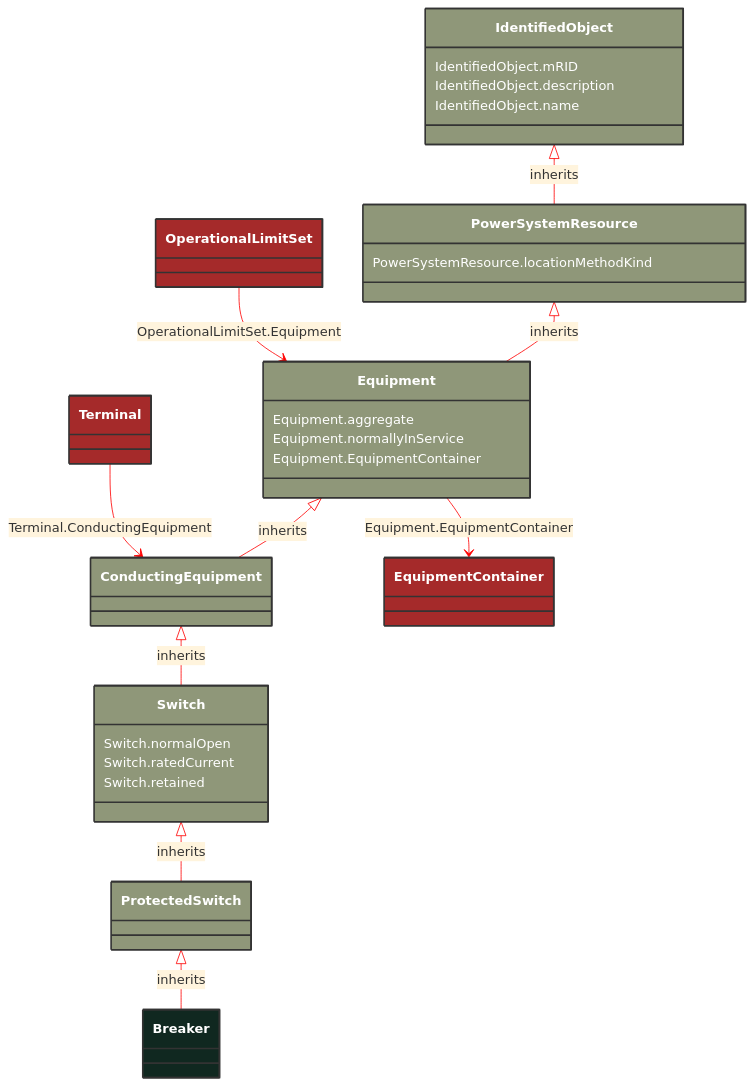
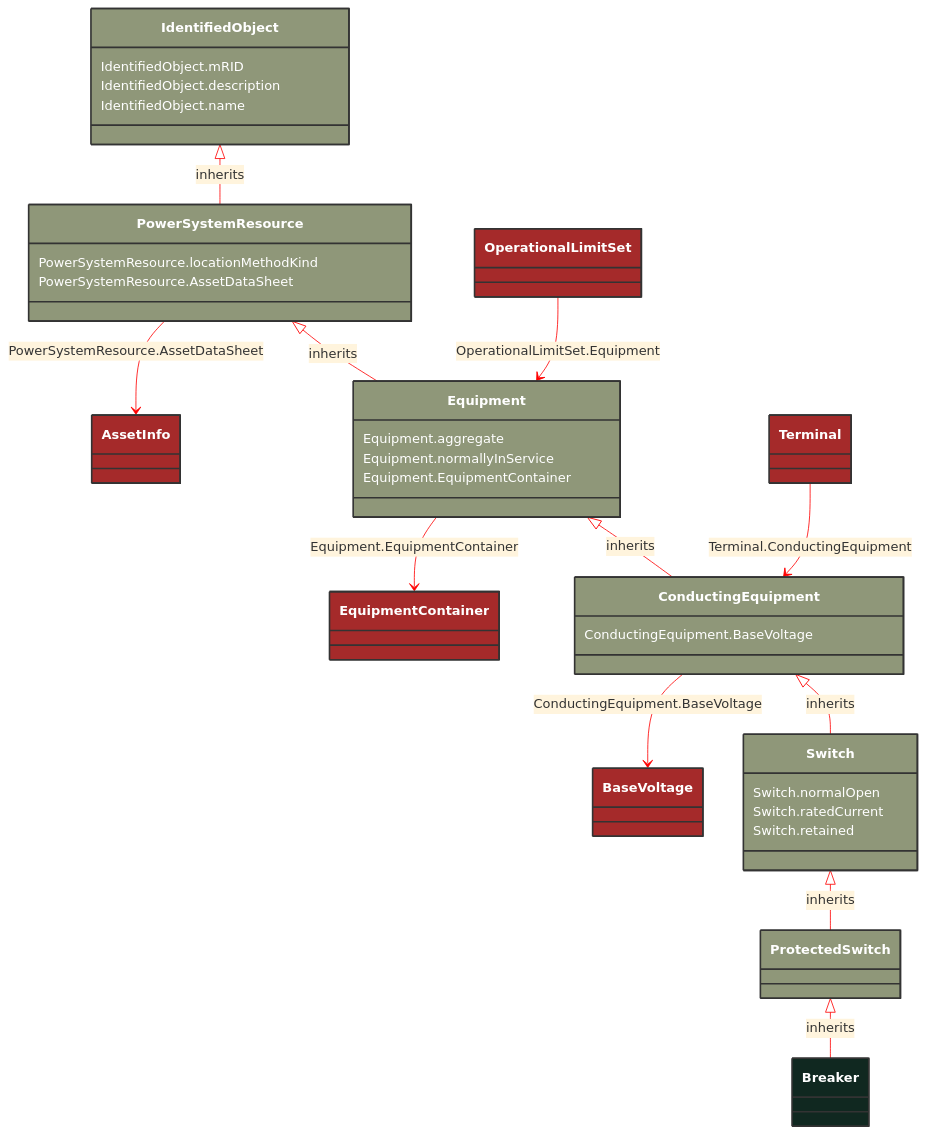
One commit to 3lbits/NoCIMExtensions changed the diagram in docs/Models/Profiles/Telemark-120Equipment/ConcreteClasses/Breaker.md. Above: the diagram before and after it, drawn with Mermaid. The commit also changed other lines of this file and 297 other files, not shown here.

````diff
--- a/docs/Models/Profiles/Telemark-120Equipment/ConcreteClasses/Breaker.md
+++ b/docs/Models/Profiles/Telemark-120Equipment/ConcreteClasses/Breaker.md
@@ -8,61 +8,73 @@
 ```mermaid
 %%{init: {'theme':'base','themeVariables': {'lineColor': '#FF0000'}}}%%
 classDiagram
     class Breaker
     click Breaker href "/Models/Profiles/Telemark-120Equipment/ConcreteClasses/Breaker/"
     style Breaker fill:#102820,stroke:#333,stroke-width:2px,rx:10,ry:10,color:white
      
         ProtectedSwitch <|-- Breaker : inherits
             click ProtectedSwitch href "/Models/Profiles/Telemark-120Equipment/AbstractClasses/ProtectedSwitch/"
             style ProtectedSwitch fill:#8F9779,stroke:#333,stroke-width:2px,rx:10,ry:10,color:white
      
         Switch <|-- ProtectedSwitch : inherits
             click Switch href "/Models/Profiles/Telemark-120Equipment/ConcreteClasses/Switch/"
             style Switch fill:#8F9779,stroke:#333,stroke-width:2px,rx:10,ry:10,color:white
      
         ConductingEquipment <|-- Switch : inherits
             click ConductingEquipment href "/Models/Profiles/Telemark-120Equipment/AbstractClasses/ConductingEquipment/"
             style ConductingEquipment fill:#8F9779,stroke:#333,stroke-width:2px,rx:10,ry:10,color:white
      
         Equipment <|-- ConductingEquipment : inherits
             click Equipment href "/Models/Profiles/Telemark-120Equipment/AbstractClasses/Equipment/"
             style Equipment fill:#8F9779,stroke:#333,stroke-width:2px,rx:10,ry:10,color:white
      
         PowerSystemResource <|-- Equipment : inherits
             click PowerSystemResource href "/Models/Profiles/Telemark-120Equipment/AbstractClasses/PowerSystemResource/"
             style PowerSystemResource fill:#8F9779,stroke:#333,stroke-width:2px,rx:10,ry:10,color:white
      
         IdentifiedObject <|-- PowerSystemResource : inherits
             click IdentifiedObject href "/Models/Profiles/Telemark-120Equipment/AbstractClasses/IdentifiedObject/"
             style IdentifiedObject fill:#8F9779,stroke:#333,stroke-width:2px,rx:10,ry:10,color:white
 
+        ConductingEquipment --> BaseVoltage : ConductingEquipment.BaseVoltage
+
+        BaseVoltage
+            click BaseVoltage href "/Models/Profiles/Telemark-120Equipment/ConcreteClasses/BaseVoltage/"
+            style BaseVoltage fill:#A52A2A,stroke:#333,stroke-width:2px,rx:10,ry:10,color:white
         Equipment --> EquipmentContainer : Equipment.EquipmentContainer
 
         EquipmentContainer
             click EquipmentContainer href "/Models/Profiles/Telemark-120Equipment/AbstractClasses/EquipmentContainer/"
             style EquipmentContainer fill:#A52A2A,stroke:#333,stroke-width:2px,rx:10,ry:10,color:white
+        PowerSystemResource --> AssetInfo : PowerSystemResource.AssetDataSheet
+
+        AssetInfo
+            click AssetInfo href "/Models/Profiles/Telemark-120Equipment/ConcreteClasses/AssetInfo/"
+            style AssetInfo fill:#A52A2A,stroke:#333,stroke-width:2px,rx:10,ry:10,color:white
 
         OperationalLimitSet --> Equipment : OperationalLimitSet.Equipment
 
         OperationalLimitSet
             click OperationalLimitSet href "/Models/Profiles/Telemark-120Equipment/ConcreteClasses/OperationalLimitSet/"
             style OperationalLimitSet fill:#A52A2A,stroke:#333,stroke-width:2px,rx:10,ry:10,color:white
 
         Terminal --> ConductingEquipment : Terminal.ConductingEquipment
 
         Terminal
             click Terminal href "/Models/Profiles/Telemark-120Equipment/ConcreteClasses/Terminal/"
             style Terminal fill:#A52A2A,stroke:#333,stroke-width:2px,rx:10,ry:10,color:white
 
 
         Switch : Switch.normalOpen
         Switch : Switch.ratedCurrent
         Switch : Switch.retained
+        ConductingEquipment : ConductingEquipment.BaseVoltage
         Equipment : Equipment.aggregate
         Equipment : Equipment.normallyInService
         Equipment : Equipment.EquipmentContainer
         PowerSystemResource : PowerSystemResource.locationMethodKind
+        PowerSystemResource : PowerSystemResource.AssetDataSheet
         IdentifiedObject : IdentifiedObject.mRID
         IdentifiedObject : IdentifiedObject.description
         IdentifiedObject : IdentifiedObject.name
 ```
````
